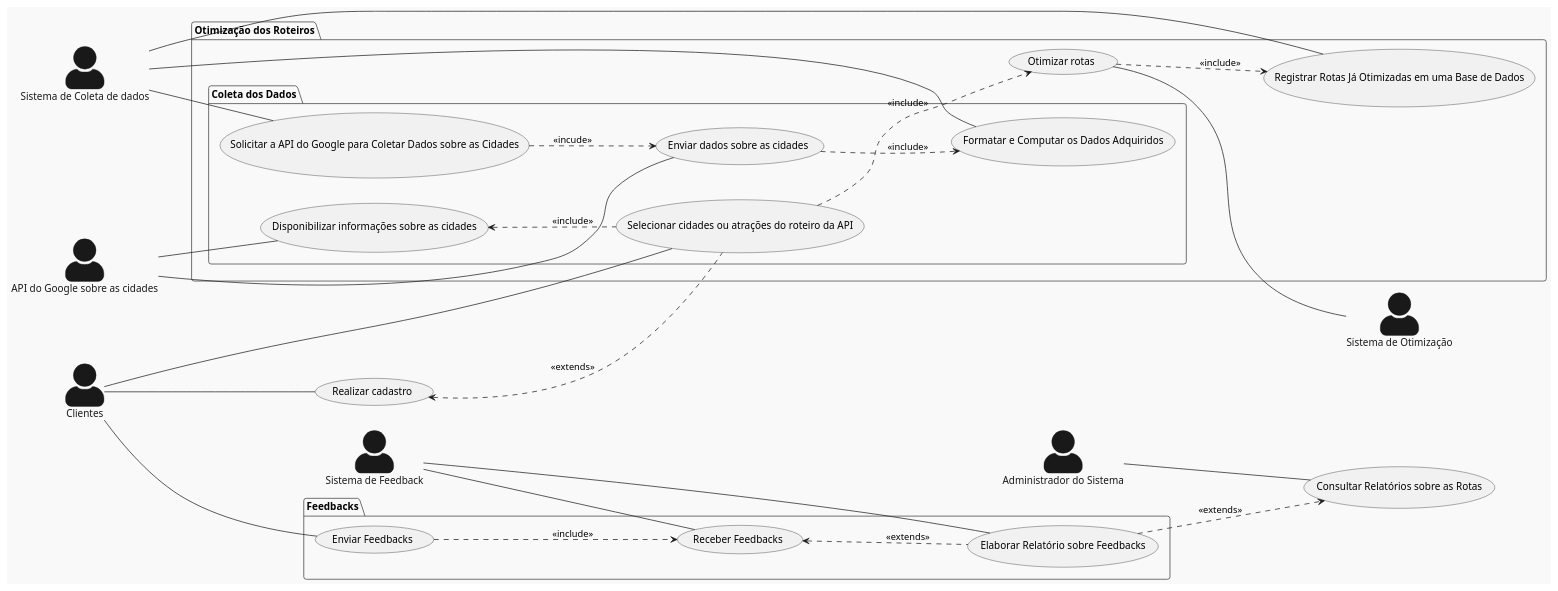
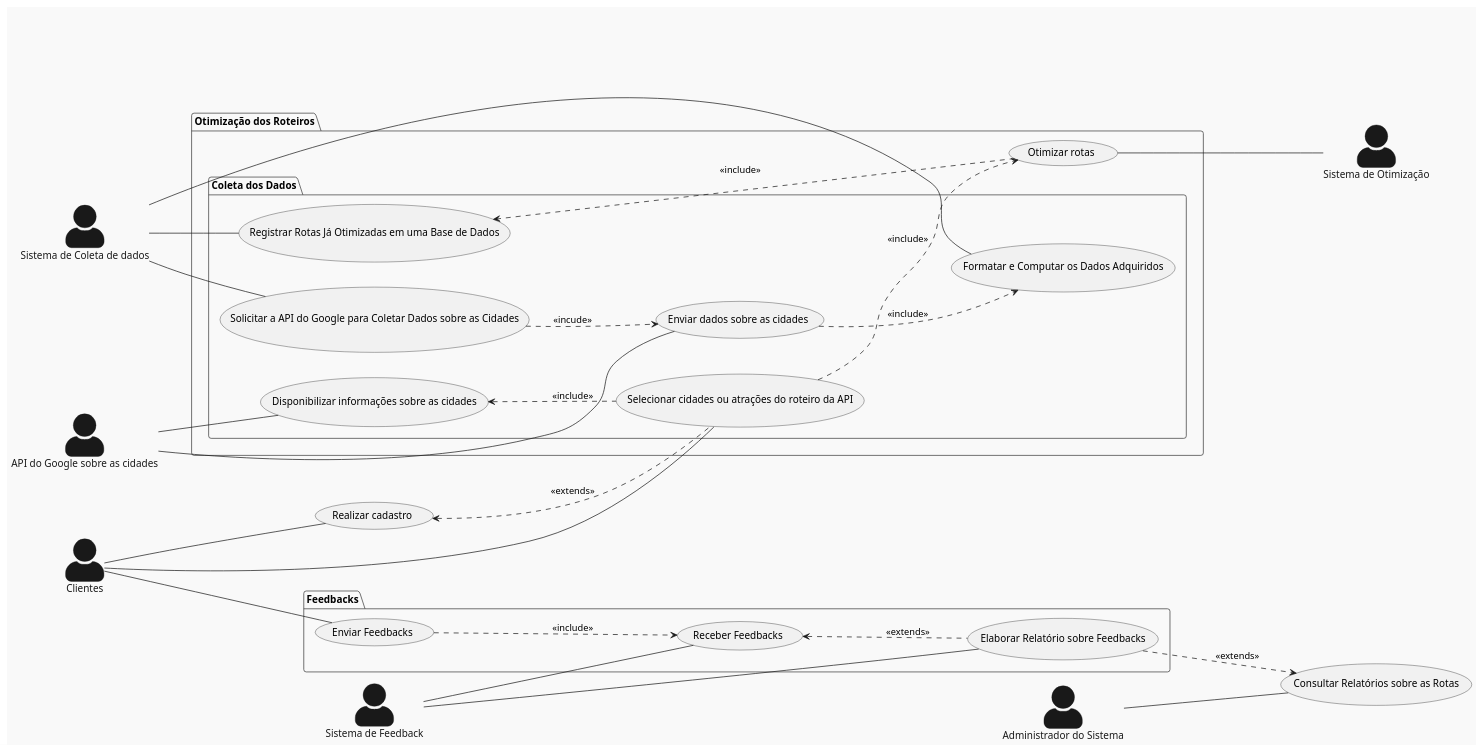
Before and after one commit to pedrodilallo/site_turismo_SIG: the diagram in Relatório/Semana-1/Diagramas/DCU.md, drawn with PlantUML. The commit also changed 1 other file, not shown here.

Commit message:
Mais correções DCU

```diff
--- a/Relatório/Semana-1/Diagramas/DCU.md
+++ b/Relatório/Semana-1/Diagramas/DCU.md
@@ -1,67 +1,68 @@
 @startuml
 skinparam actorStyle awesome
 !theme mars
 left to right direction
 
 actor "Clientes" as cliente
 actor "API do Google sobre as cidades" as API
 actor "Sistema de Otimização" as  otimizador
 actor "Administrador do Sistema" as sys_admin
 actor "Sistema de Feedback" as feedback
 actor "Sistema de Coleta de dados" as coletador
 
 cliente -- (Realizar cadastro)
 
 
 
 
 package "Otimização dos Roteiros"{
 
 
 (Otimizar rotas) -- otimizador 
-(Otimizar rotas) ..> (Registrar Rotas Já Otimizadas em uma Base de Dados) : <<include>>
 
     package "Coleta dos Dados"{
         cliente -- (Selecionar cidades ou atrações do roteiro da API)
         (Selecionar cidades ou atrações do roteiro da API) ..> (Otimizar rotas): <<include>>
         (Solicitar a API do Google para Coletar Dados sobre as Cidades) ..> (Enviar dados sobre as cidades) : <<incude>>
         coletador -- (Solicitar a API do Google para Coletar Dados sobre as Cidades)
         coletador -- (Registrar Rotas Já Otimizadas em uma Base de Dados)
         coletador -- (Formatar e Computar os Dados Adquiridos)
         API -- (Enviar dados sobre as cidades)
         API -- (Disponibilizar informações sobre as cidades)
         (Disponibilizar informações sobre as cidades) <.. (Selecionar cidades ou atrações do roteiro da API) : <<include>>
+        (Otimizar rotas) ..> (Registrar Rotas Já Otimizadas em uma Base de Dados) : <<include>>
+
 
     }
 
 
 
 }
 
 
 
 sys_admin -- (Consultar Relatórios sobre as Rotas)
 
 
 
 
 (Realizar cadastro) <.. (Selecionar cidades ou atrações do roteiro da API) : <<extends>>
 (Enviar dados sobre as cidades) ..> (Formatar e Computar os Dados Adquiridos) : <<include>>
 
 
 package "Feedbacks"{
 
 (Enviar Feedbacks) ..> (Receber Feedbacks) : <<include>>
 (Receber Feedbacks) <.. (Elaborar Relatório sobre Feedbacks) : <<extends>>
 (Elaborar Relatório sobre Feedbacks) ..> (Consultar Relatórios sobre as Rotas) : <<extends>>
 cliente -- (Enviar Feedbacks)
 feedback -- (Receber Feedbacks)
 feedback -- (Elaborar Relatório sobre Feedbacks)
 
 
 
 }
 
 
 
 @enduml
```
